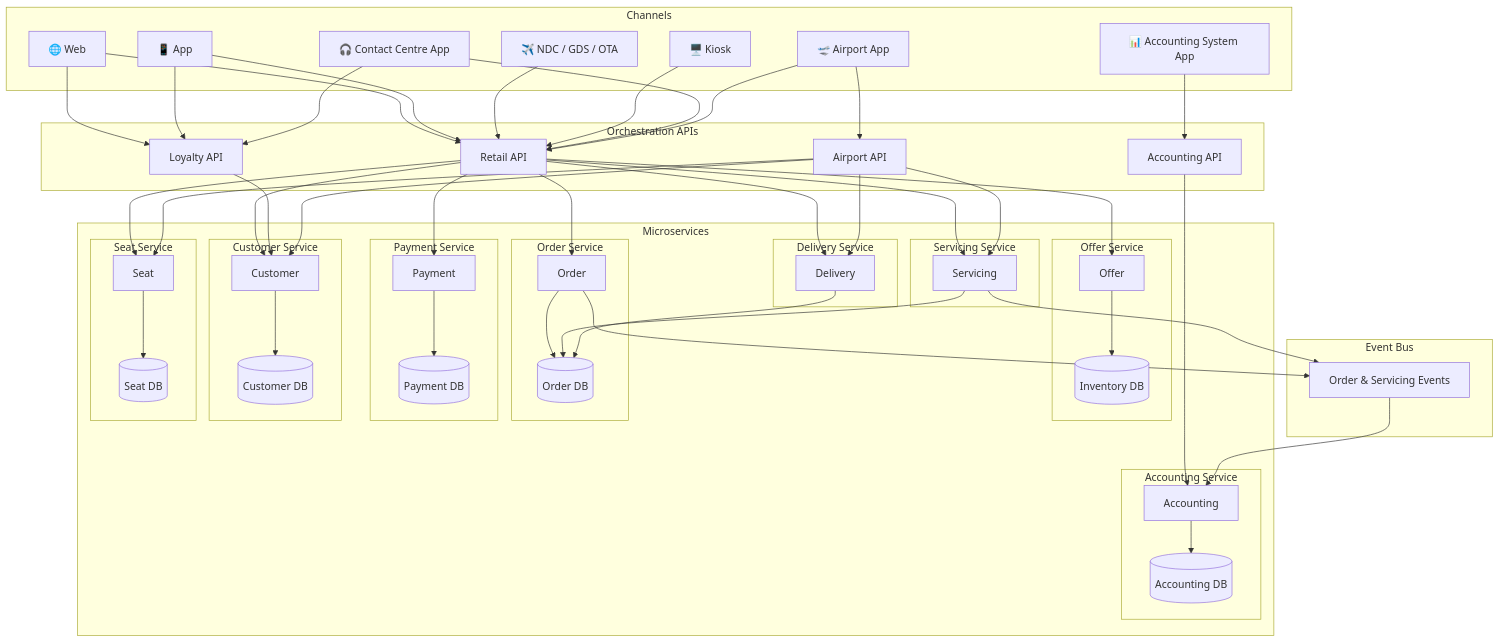
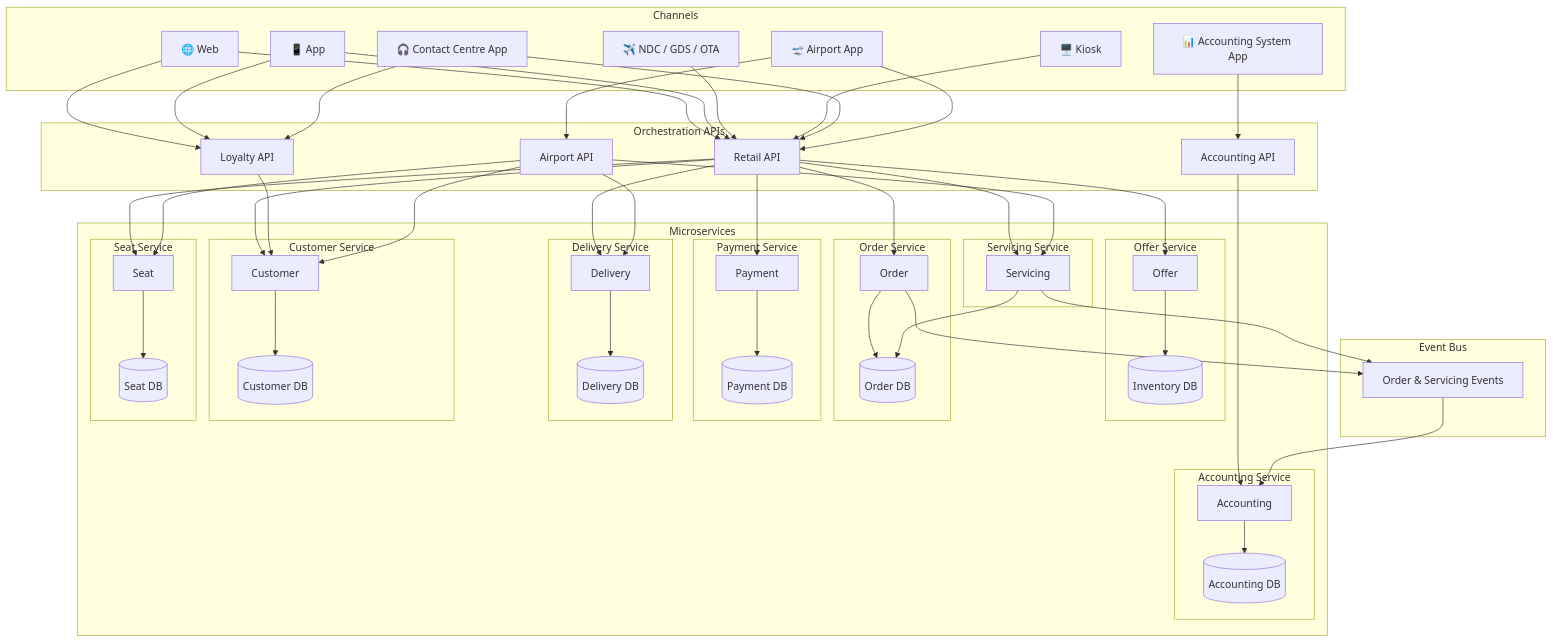
The first of 7 diagrams in architecture/design.md (sebharvey/airline-reservation-system), drawn with Mermaid before and after one commit. The commit also changed other lines of this file, not shown here.

```diff
--- a/architecture/design.md
+++ b/architecture/design.md
@@ -60,6 +60,7 @@
 
         subgraph DELIVERY_SVC["Delivery Service"]
             DELIVERY[Delivery]
+            DELIVERY_DB[(Delivery DB)]
         end
 
         subgraph CUSTOMER_SVC["Customer Service"]
@@ -99,7 +100,7 @@
     ORDER --> ORDER_DB
     PAYMENT --> PAYMENT_DB
     SERVICING --> ORDER_DB
-    DELIVERY --> ORDER_DB
+    DELIVERY --> DELIVERY_DB
     CUSTOMER --> CUSTOMER_DB
     ACCOUNTING --> ACCOUNTING_DB
     SEAT --> SEAT_DB
```
